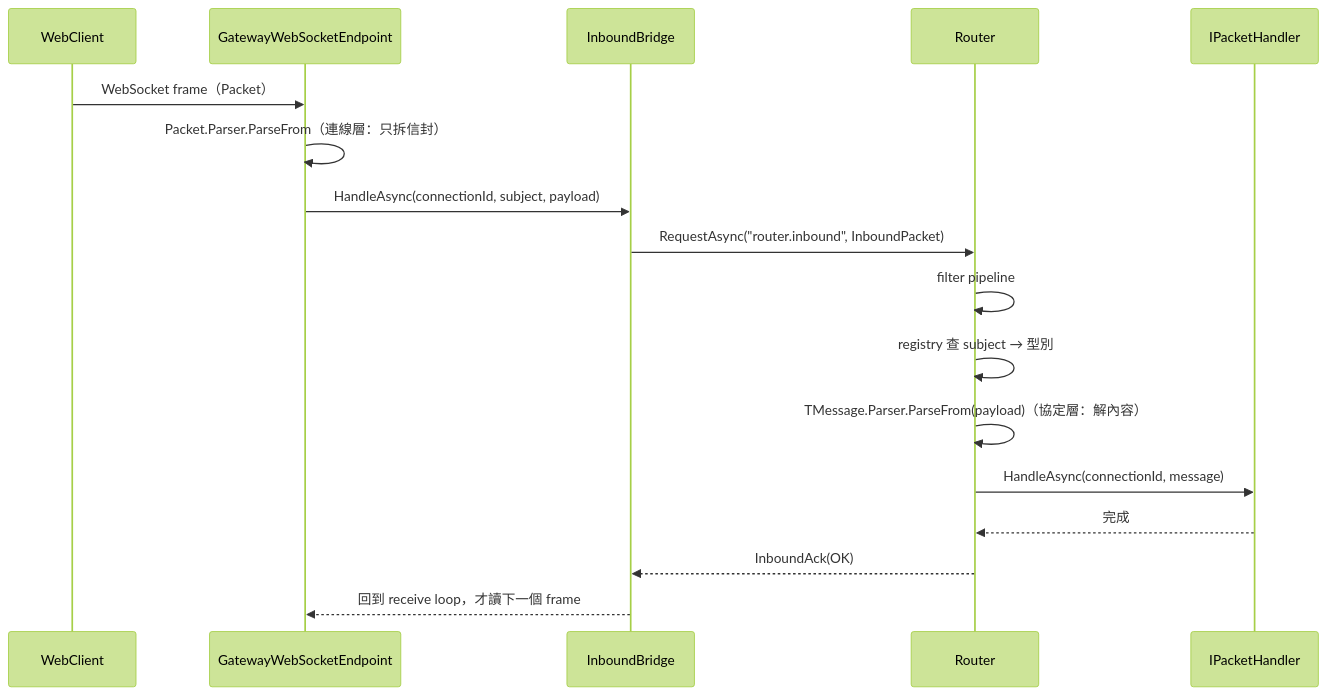
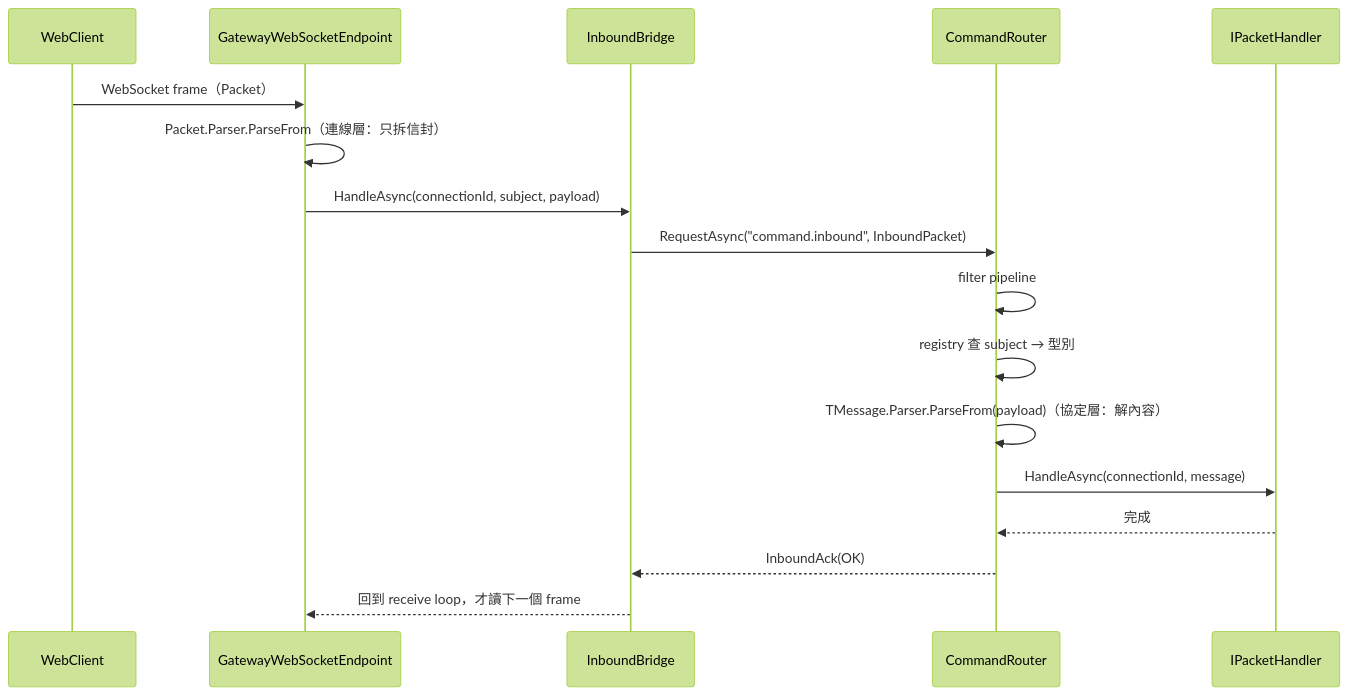
One commit to yggdrasill-dev/ChatSystem changed the second of 4 diagrams in docs/architecture/protocol-layer.md. Above: the diagram before and after it, drawn with Mermaid (forest theme). The commit also changed other lines of this file and 1 other file, not shown here.

First line of the commit message:
docs(protocol-layer): 協定層服務定名 CommandRouter，subject 前綴改 command.inbound

````diff
--- a/docs/architecture/protocol-layer.md
+++ b/docs/architecture/protocol-layer.md
@@ -92,20 +92,20 @@
 ```mermaid
 sequenceDiagram
     participant WC as WebClient
     participant WS as GatewayWebSocketEndpoint
     participant IB as InboundBridge
-    participant RT as Router
+    participant RT as CommandRouter
     participant H as IPacketHandler
 
     WC->>WS: WebSocket frame（Packet）
     WS->>WS: Packet.Parser.ParseFrom（連線層：只拆信封）
     WS->>IB: HandleAsync(connectionId, subject, payload)
-    IB->>RT: RequestAsync("router.inbound", InboundPacket)
+    IB->>RT: RequestAsync("command.inbound", InboundPacket)
     RT->>RT: filter pipeline
     RT->>RT: registry 查 subject → 型別
     RT->>RT: TMessage.Parser.ParseFrom(payload)（協定層：解內容）
     RT->>H: HandleAsync(connectionId, message)
     H-->>RT: 完成
     RT-->>IB: InboundAck(OK)
     IB-->>WS: 回到 receive loop，才讀下一個 frame
 ```
````
